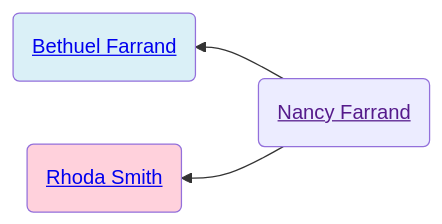
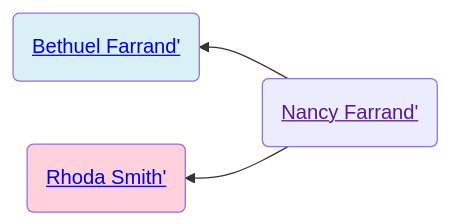
The first of 2 diagrams in familyhistory/sources/people/Merrill-line/Nancy_Farrand.qmd (neelsmith/avocational), drawn with Mermaid before and after one commit. The commit also changed other lines of this file and 102 other files, not shown here.

````diff
--- a/familyhistory/sources/people/Merrill-line/Nancy_Farrand.qmd
+++ b/familyhistory/sources/people/Merrill-line/Nancy_Farrand.qmd
@@ -28,12 +28,12 @@
 ```{mermaid}
 graph RL
 %% RL ancestor diagram
-Nancy_Farrand(<a href=''>Nancy Farrand</>) -->  Bethuel_Farrand(<a href='./White-line/Grandey/Bethuel_Farrand.html'>Bethuel Farrand</>)
+Nancy_Farrand(<a href=''>Nancy Farrand'</>) -->  Bethuel_Farrand(<a href='./White-line/Grandey/Bethuel_Farrand.html'>Bethuel Farrand'</>)
 class Bethuel_Farrand father
-Nancy_Farrand(<a href=''>Nancy Farrand</>)  --> Rhoda_Smith(<a href='./Rhoda_Smith.html'>Rhoda Smith</>)
+Nancy_Farrand(<a href=''>Nancy Farrand'</>)  --> Rhoda_Smith(<a href='./Rhoda_Smith.html'>Rhoda Smith'</>)
 class Rhoda_Smith mother
 classDef mother fill:#ffd1dc
 classDef father fill:#daf0f7  
 classDef marriage fill:#ffffff
 
 ```
````
